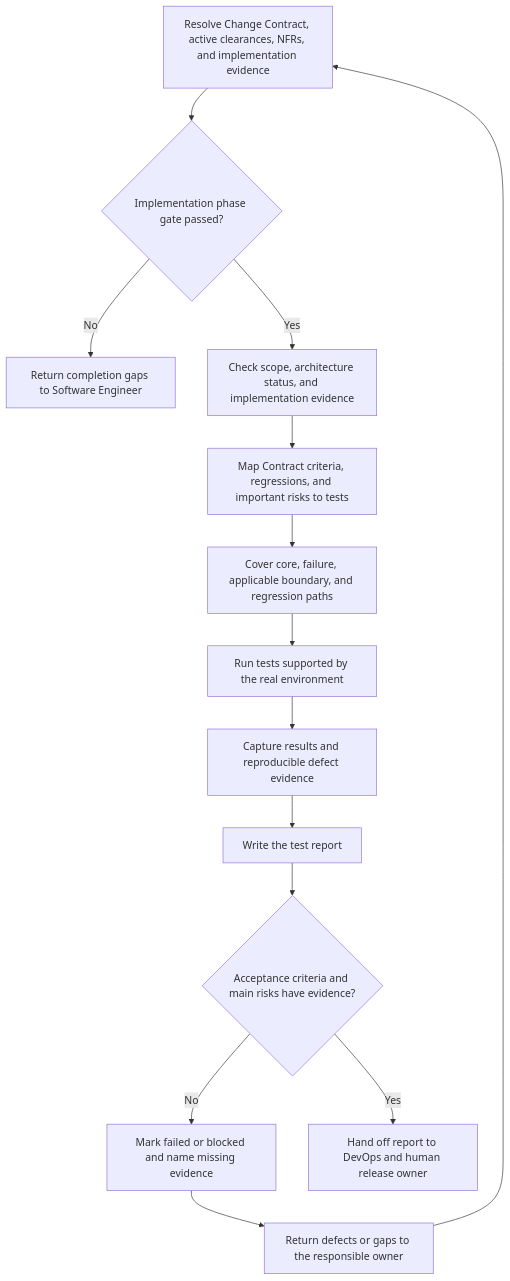
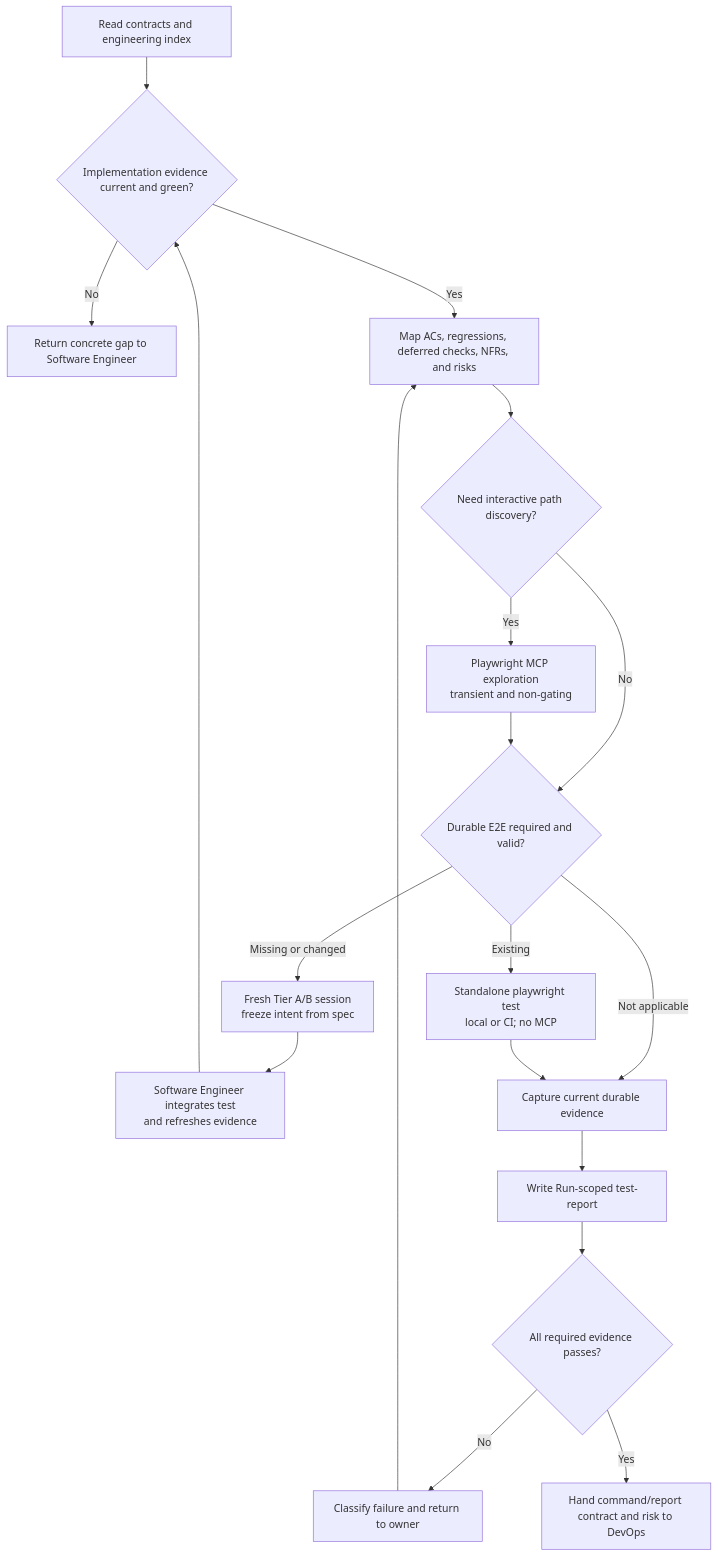
One commit to davych/agents-instruction changed the diagram in guidelines/roles/tester/README.md. Above: the diagram before and after it, drawn with Mermaid. The commit also changed other lines of this file and 148 other files, not shown here.

````diff
--- a/guidelines/roles/tester/README.md
+++ b/guidelines/roles/tester/README.md
@@ -47,16 +60,21 @@
 ```mermaid
 flowchart TD
-  Inputs["Resolve Change Contract, active clearances, NFRs, and implementation evidence"] --> ImplementationGate{"Implementation phase gate passed?"}
-  ImplementationGate -->|"No"| ReturnImplementation["Return completion gaps to Software Engineer"]
-  ImplementationGate -->|"Yes"| Readiness["Check scope, architecture status, and implementation evidence"]
-  Readiness --> Map["Map Contract criteria, regressions, and important risks to tests"]
-  Map --> Coverage["Cover core, failure, applicable boundary, and regression paths"]
-  Coverage --> Execute["Run tests supported by the real environment"]
-  Execute --> Evidence["Capture results and reproducible defect evidence"]
-  Evidence --> Report["Write the test report"]
-  Report --> Gate{"Acceptance criteria and main risks have evidence?"}
-  Gate -->|"No"| Blocked["Mark failed or blocked and name missing evidence"]
-  Blocked --> Return["Return defects or gaps to the responsible owner"]
-  Return --> Inputs
-  Gate -->|"Yes"| Handoff["Hand off report to DevOps and human release owner"]
+  Inputs["Read contracts and engineering index"] --> Ready{"Implementation evidence current and green?"}
+  Ready -->|"No"| ReturnEngineer["Return concrete gap to Software Engineer"]
+  Ready -->|"Yes"| Map["Map ACs, regressions, deferred checks, NFRs, and risks"]
+  Map --> Explore{"Need interactive path discovery?"}
+  Explore -->|"Yes"| MCP["Playwright MCP exploration<br/>transient and non-gating"]
+  Explore -->|"No"| Durable{"Durable E2E required and valid?"}
+  MCP --> Durable
+  Durable -->|"Missing or changed"| Fresh["Fresh Tier A/B session<br/>freeze intent from spec"]
+  Fresh --> Integrate["Software Engineer integrates test<br/>and refreshes evidence"]
+  Integrate --> Ready
+  Durable -->|"Existing"| Execute["Standalone playwright test<br/>local or CI; no MCP"]
+  Durable -->|"Not applicable"| Evidence["Execute other mapped verification"]
+  Execute --> Evidence["Capture current durable evidence"]
+  Evidence --> Report["Write Run-scoped test-report"]
+  Report --> Gate{"All required evidence passes?"}
+  Gate -->|"No"| Route["Classify failure and return to owner"]
+  Route --> Map
+  Gate -->|"Yes"| Handoff["Hand command/report contract and risk to DevOps"]
 ```
````
